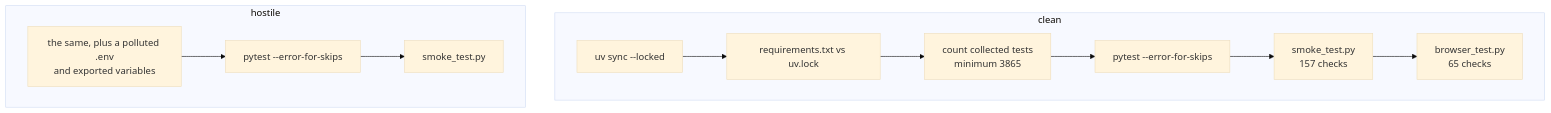
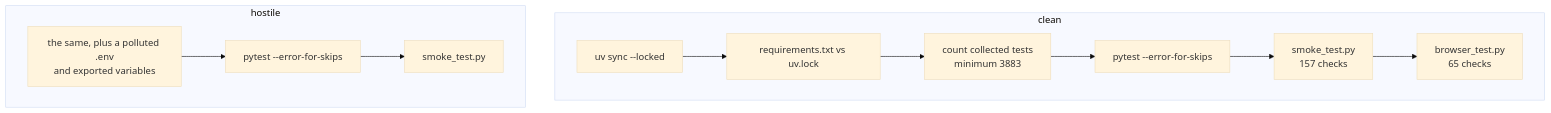
Before and after one commit to IAMN1/link-shortener: the diagram in docs/testing.md, drawn with Mermaid (base theme). The commit also changed other lines of this file and 16 other files, not shown here.

````diff
--- a/docs/testing.md
+++ b/docs/testing.md
@@ -409,12 +409,12 @@
 ```mermaid
 flowchart TD
     subgraph clean["clean"]
         C1[uv sync --locked] --> C2[requirements.txt vs uv.lock]
-        C2 --> C3[count collected tests<br/>minimum 3865] --> C4[pytest --error-for-skips]
+        C2 --> C3[count collected tests<br/>minimum 3883] --> C4[pytest --error-for-skips]
         C4 --> C5[smoke_test.py<br/>157 checks] --> C6[browser_test.py<br/>65 checks]
     end
     subgraph hostile["hostile"]
         H1[the same, plus a polluted .env<br/>and exported variables] --> H2[pytest --error-for-skips]
         H2 --> H3[smoke_test.py]
     end
 ```
````
